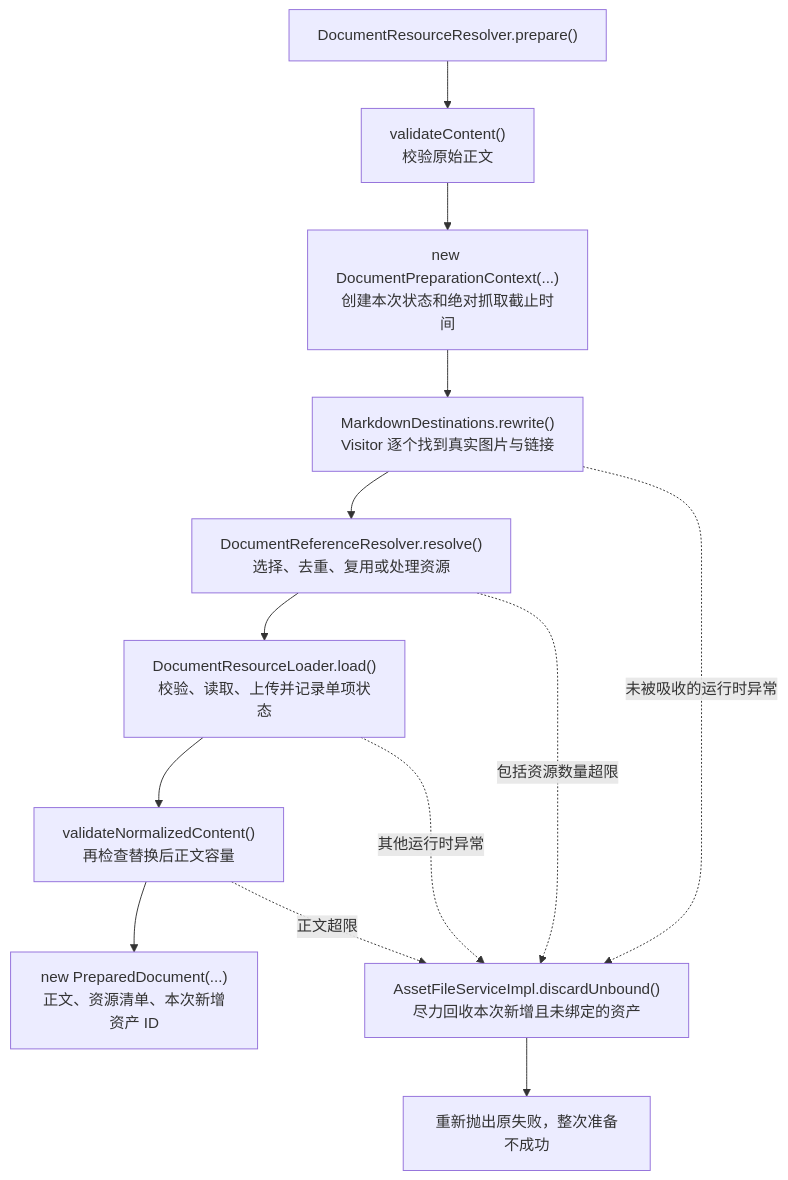
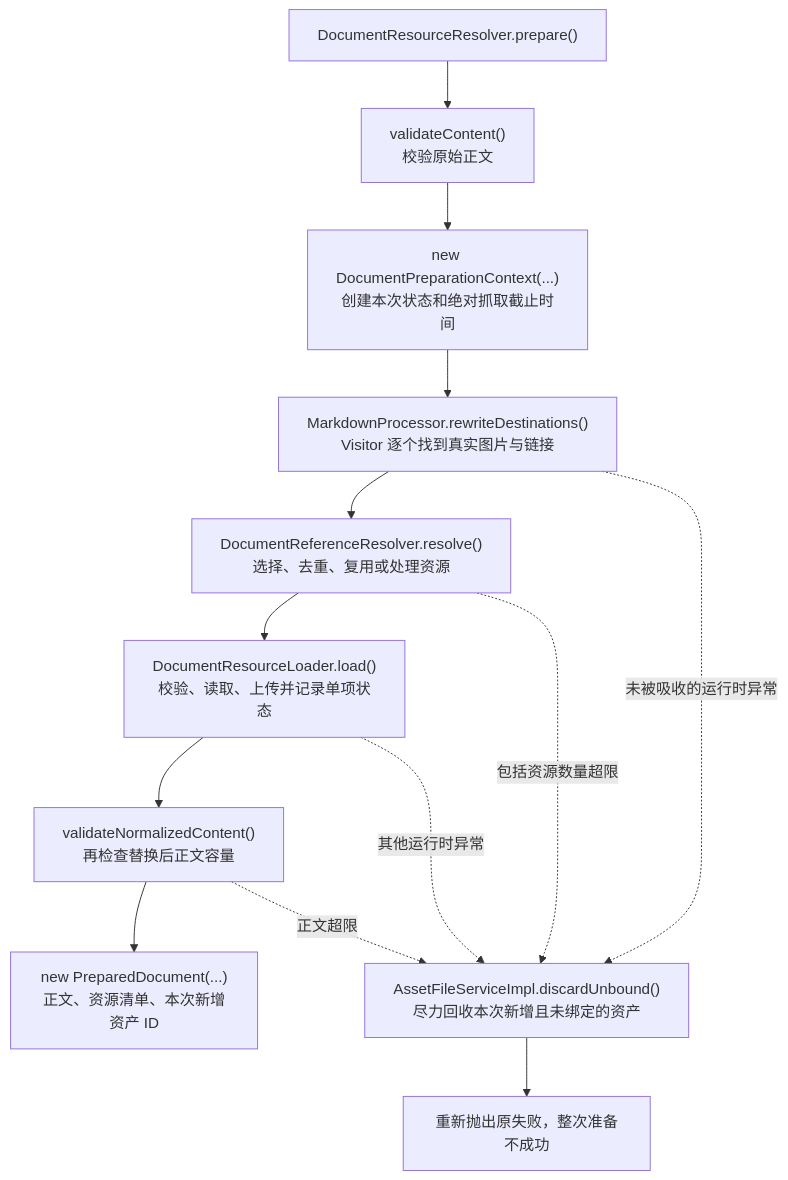
The second of 8 diagrams in resources/learning/document-import-lifecycle.md (WKING66/mai-s-portfolio), drawn with Mermaid before and after one commit. The commit also changed other lines of this file and 21 other files, not shown here.

````diff
--- a/resources/learning/document-import-lifecycle.md
+++ b/resources/learning/document-import-lifecycle.md
@@ -219,15 +219,15 @@
 ```mermaid
 flowchart TD
     A["DocumentResourceResolver.prepare()"] --> B["validateContent()<br/>校验原始正文"]
     B --> C["new DocumentPreparationContext(...)<br/>创建本次状态和绝对抓取截止时间"]
-    C --> D["MarkdownDestinations.rewrite()<br/>Visitor 逐个找到真实图片与链接"]
+    C --> D["MarkdownProcessor.rewriteDestinations()<br/>Visitor 逐个找到真实图片与链接"]
     D --> E["DocumentReferenceResolver.resolve()<br/>选择、去重、复用或处理资源"]
     E --> F["DocumentResourceLoader.load()<br/>校验、读取、上传并记录单项状态"]
     F --> G["validateNormalizedContent()<br/>再检查替换后正文容量"]
     G --> H["new PreparedDocument(...)<br/>正文、资源清单、本次新增资产 ID"]
     D -. "未被吸收的运行时异常" .-> X["AssetFileServiceImpl.discardUnbound()<br/>尽力回收本次新增且未绑定的资产"]
     E -. "包括资源数量超限" .-> X
     F -. "其他运行时异常" .-> X
     G -. "正文超限" .-> X
     X --> Y["重新抛出原失败，整次准备不成功"]
 ```
````
